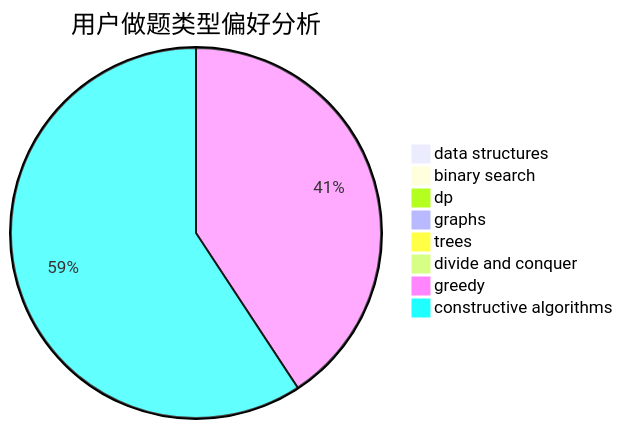
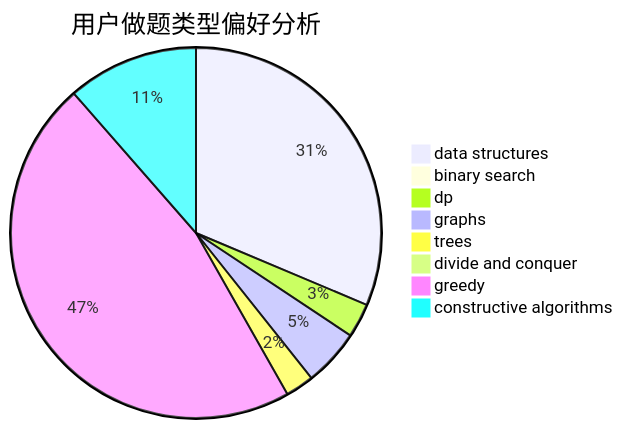
One commit to sherpahu/cfrs.github.io changed the second of 3 diagrams in docs/user/u1391.md. Above: the diagram before and after it, drawn with Mermaid. The commit also changed other lines of this file and 2770 other files, not shown here.

````diff
--- a/docs/user/u1391.md
+++ b/docs/user/u1391.md
@@ -23,11 +23,11 @@
 ```mermaid
 pie title 用户做题类型偏好分析
-    "data structures" :  0
+    "data structures" :  63
     "binary search" :  0
-    "dp" :  0
-    "graphs" :  0
-    "trees" :  0
+    "dp" :  6
+    "graphs" :  10
+    "trees" :  5
     "divide and conquer" :  0
-    "greedy" :  11
-    "constructive algorithms" :  16
+    "greedy" :  94
+    "constructive algorithms" :  23
 ```
````
